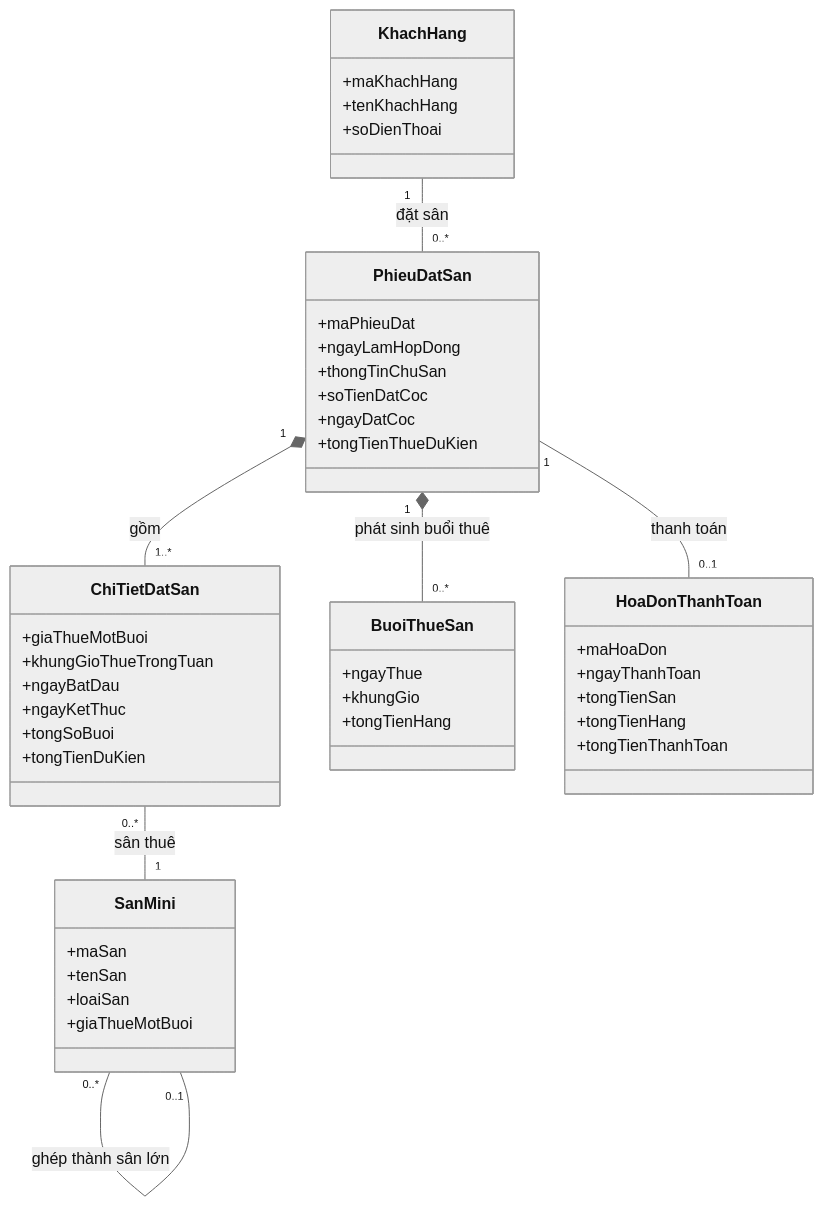
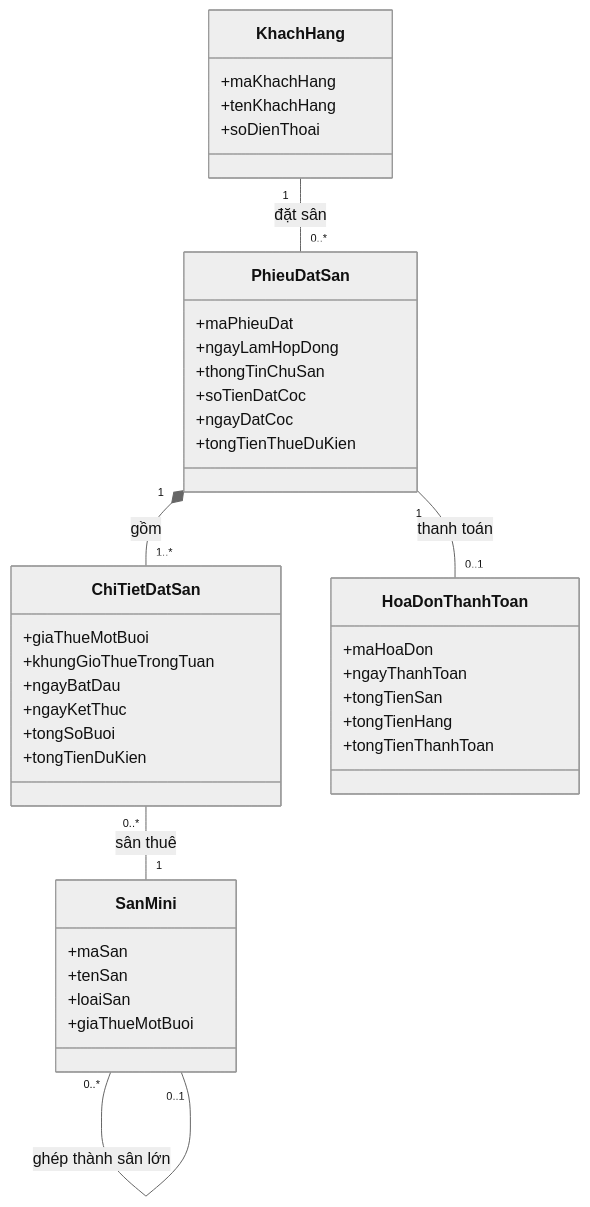
The diagram in ChuDe_11_QuanLySanBongMini/De_54_ThongKeDoanhThu/c2.mmd (AnhLM027/NMCNPM_Final), drawn with Mermaid (neutral theme) before and after one commit. The commit also changed 37 other files, not shown here.

```diff
--- a/ChuDe_11_QuanLySanBongMini/De_54_ThongKeDoanhThu/c2.mmd
+++ b/ChuDe_11_QuanLySanBongMini/De_54_ThongKeDoanhThu/c2.mmd
@@ -1,58 +1,50 @@
 %% De_54 - Thống kê doanh thu
 classDiagram
     class SanMini {
         +maSan
         +tenSan
         +loaiSan
         +giaThueMotBuoi
     }
 
 
     class KhachHang {
         +maKhachHang
         +tenKhachHang
         +soDienThoai
     }
 
 
     class PhieuDatSan {
         +maPhieuDat
         +ngayLamHopDong
         +thongTinChuSan
         +soTienDatCoc
         +ngayDatCoc
         +tongTienThueDuKien
     }
 
 
     class ChiTietDatSan {
         +giaThueMotBuoi
         +khungGioThueTrongTuan
         +ngayBatDau
         +ngayKetThuc
         +tongSoBuoi
         +tongTienDuKien
     }
 
 
-    class BuoiThueSan {
-        +ngayThue
-        +khungGio
-        +tongTienHang
-    }
-
-
     class HoaDonThanhToan {
         +maHoaDon
         +ngayThanhToan
         +tongTienSan
         +tongTienHang
         +tongTienThanhToan
     }
 
     SanMini "0..*" -- "0..1" SanMini : ghép thành sân lớn
     KhachHang "1" -- "0..*" PhieuDatSan : đặt sân
     PhieuDatSan "1" *-- "1..*" ChiTietDatSan : gồm
     ChiTietDatSan "0..*" -- "1" SanMini : sân thuê
-    PhieuDatSan "1" *-- "0..*" BuoiThueSan : phát sinh buổi thuê
     PhieuDatSan "1" -- "0..1" HoaDonThanhToan : thanh toán
```
